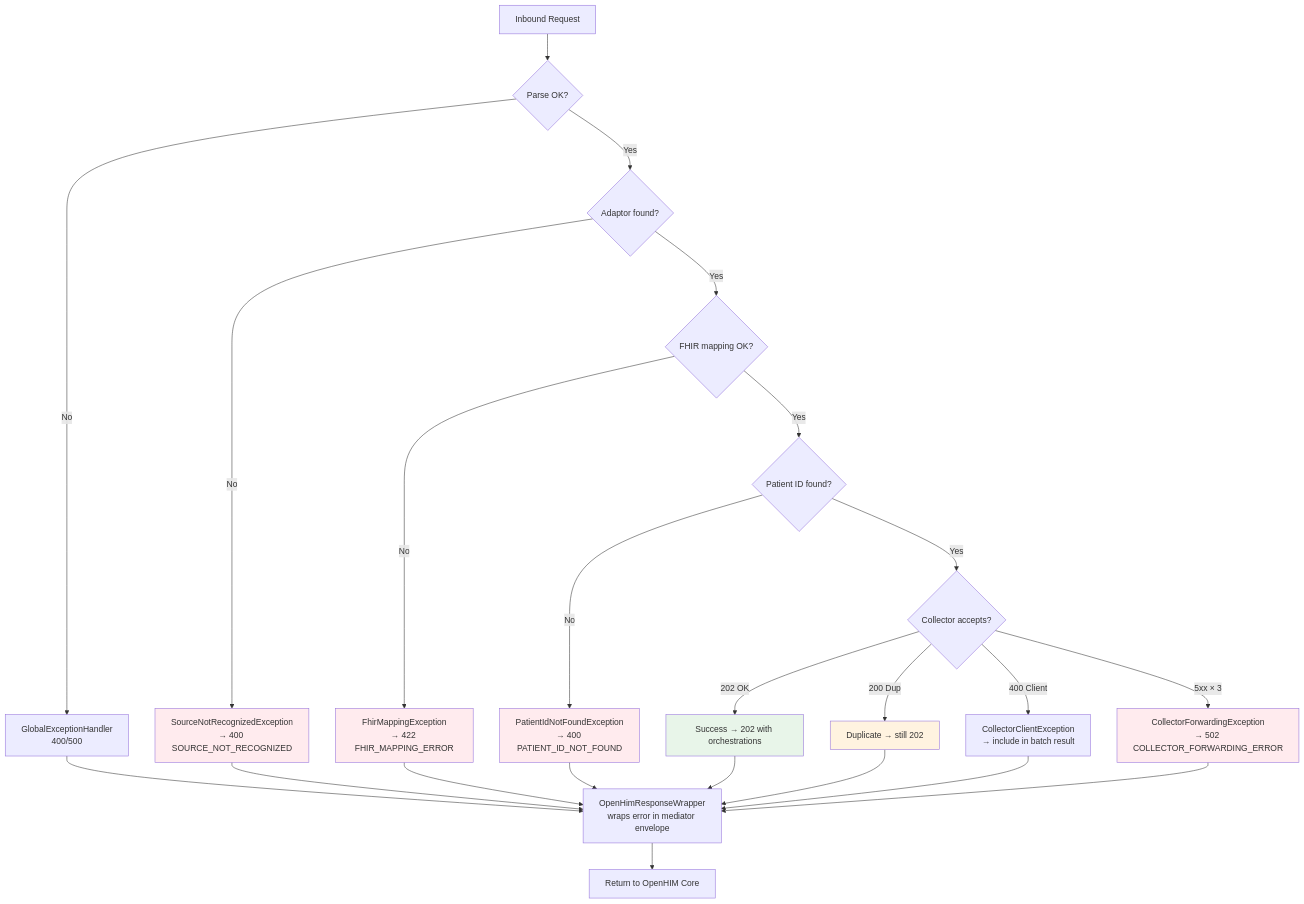
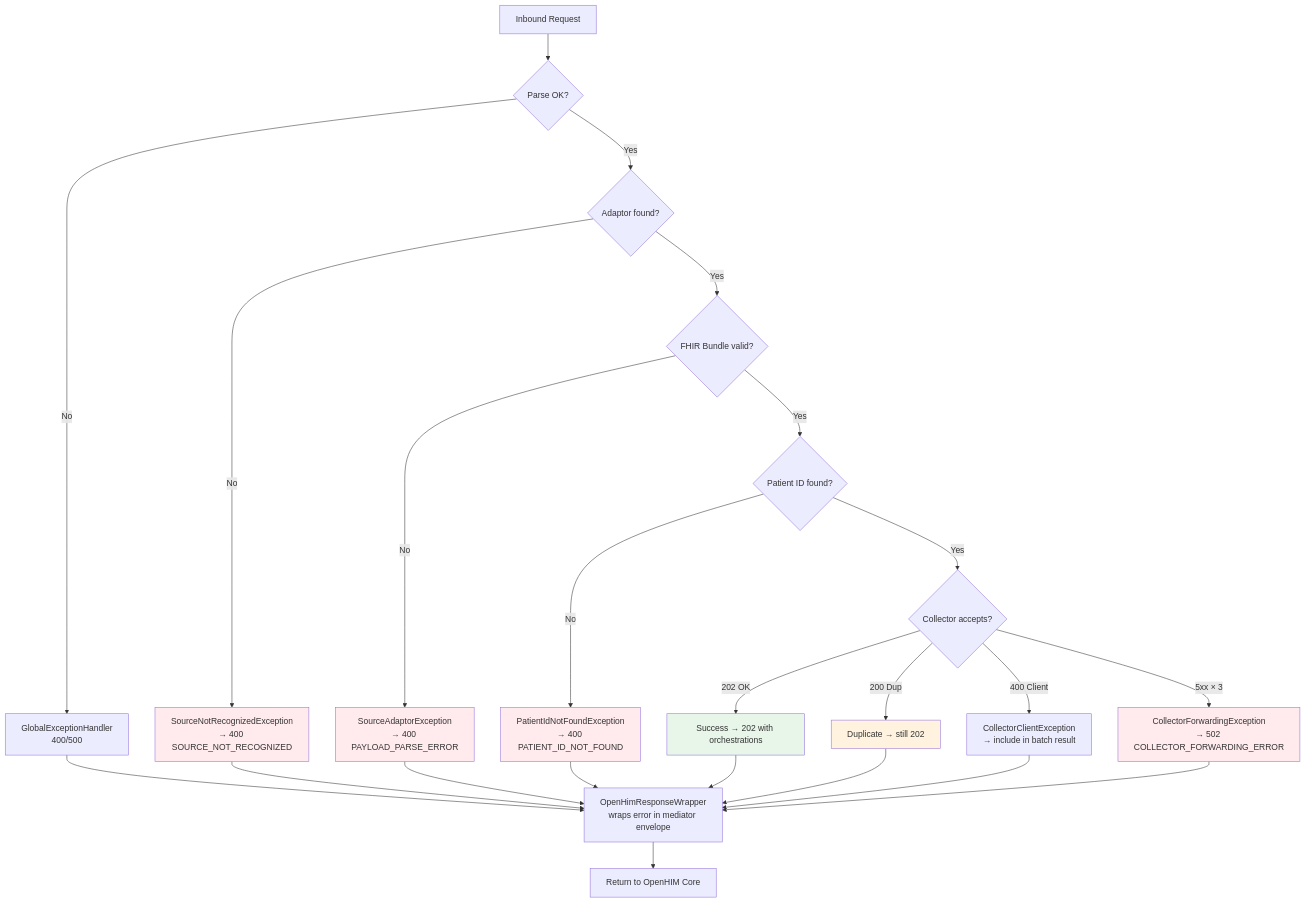
Before and after one commit to Jayaprakash8887/openhim-cce-emitter-adaptor: the sixth of 8 diagrams in docs/flow-diagrams.md, drawn with Mermaid. The commit also changed other lines of this file and 5 other files, not shown here.

First line of the commit message:
Address PR feedback: FHIR Bundle input, generic endpoint, no mapping

````diff
--- a/docs/flow-diagrams.md
+++ b/docs/flow-diagrams.md
@@ -201,39 +198,39 @@
 ```mermaid
 flowchart TD
     A[Inbound Request] --> B{Parse OK?}
 
     B -->|No| C[GlobalExceptionHandler<br/>400/500]
     B -->|Yes| D{Adaptor found?}
 
     D -->|No| E[SourceNotRecognizedException<br/>→ 400 SOURCE_NOT_RECOGNIZED]
-    D -->|Yes| F{FHIR mapping OK?}
+    D -->|Yes| F{FHIR Bundle valid?}
 
-    F -->|No| G[FhirMappingException<br/>→ 422 FHIR_MAPPING_ERROR]
+    F -->|No| G[SourceAdaptorException<br/>→ 400 PAYLOAD_PARSE_ERROR]
     F -->|Yes| H{Patient ID found?}
 
     H -->|No| I[PatientIdNotFoundException<br/>→ 400 PATIENT_ID_NOT_FOUND]
     H -->|Yes| J{Collector accepts?}
 
     J -->|202 OK| K[Success → 202 with orchestrations]
     J -->|200 Dup| L[Duplicate → still 202]
     J -->|400 Client| M[CollectorClientException<br/>→ include in batch result]
     J -->|5xx × 3| N[CollectorForwardingException<br/>→ 502 COLLECTOR_FORWARDING_ERROR]
 
     C --> O[OpenHimResponseWrapper<br/>wraps error in mediator envelope]
     E --> O
     G --> O
     I --> O
     K --> O
     L --> O
     M --> O
     N --> O
 
     O --> P[Return to OpenHIM Core]
 
     style K fill:#e8f5e9
     style L fill:#fff3e0
     style E fill:#ffebee
     style G fill:#ffebee
     style I fill:#ffebee
     style N fill:#ffebee
 ```
````
